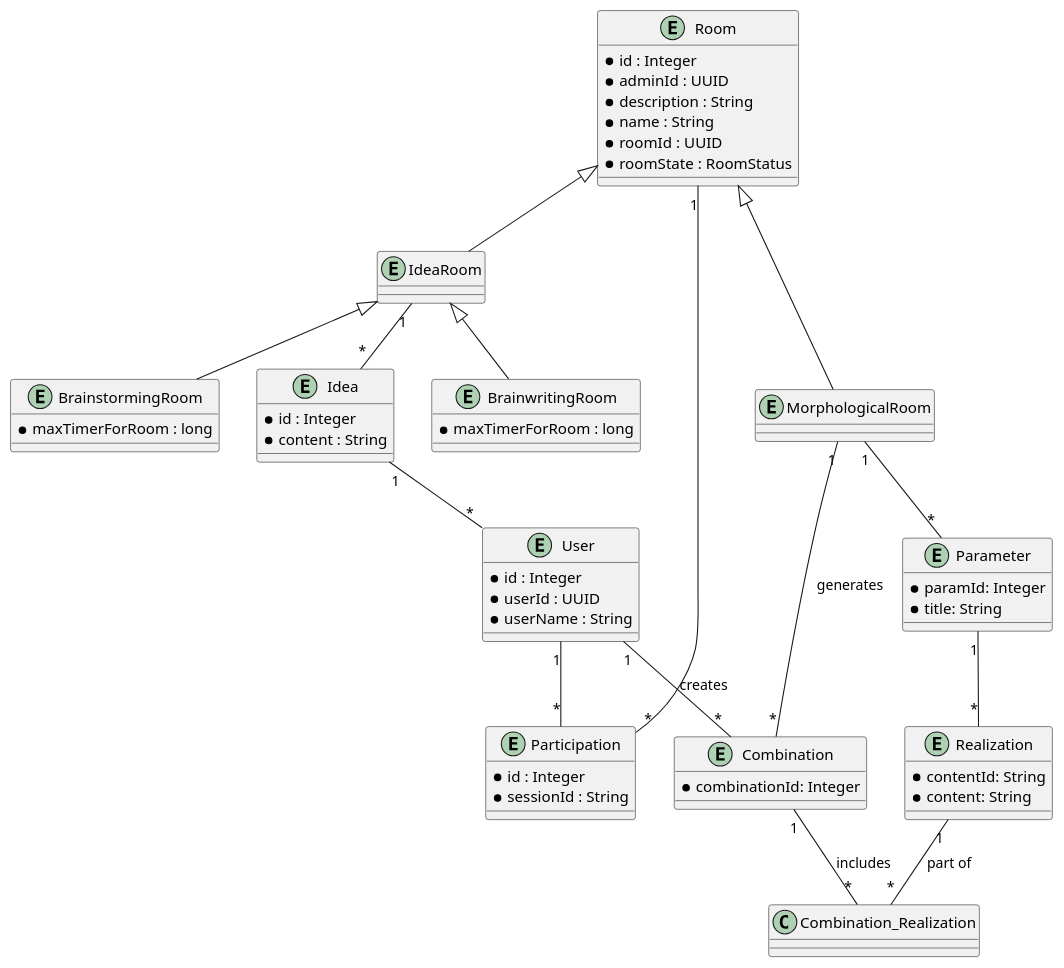
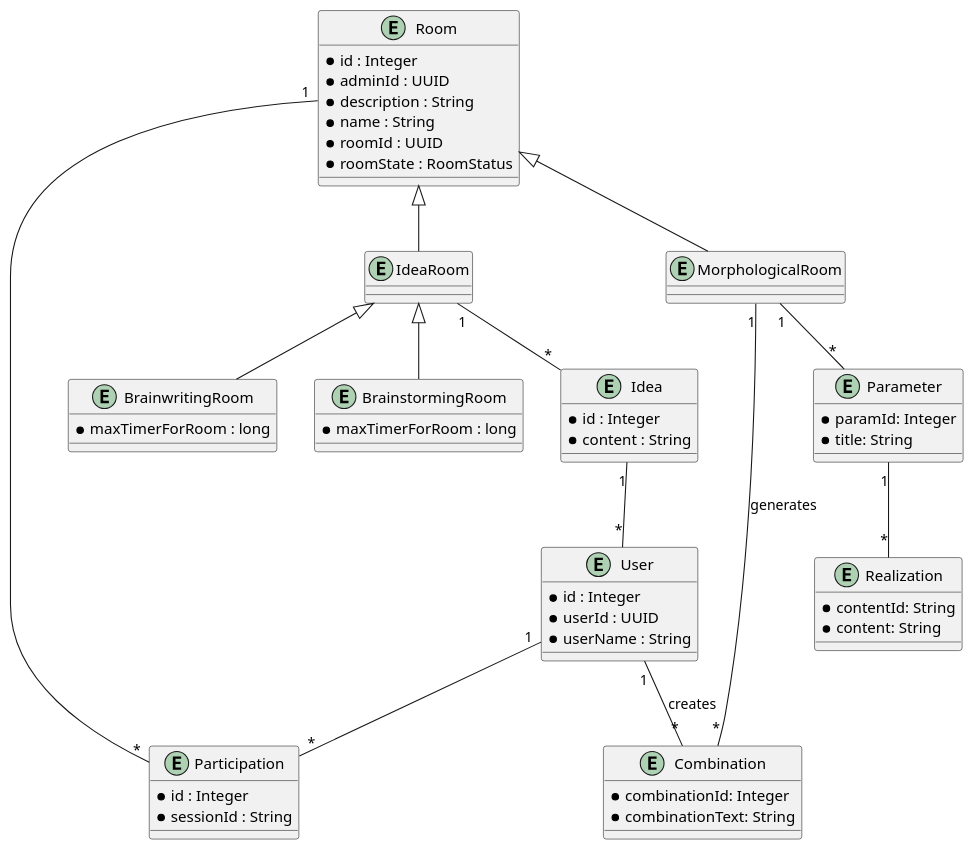
One commit to MattiasWolfslehner/creative-mind changed the diagram in docs/erd/diagram.puml. Above: the diagram before and after it, drawn with PlantUML.

Commit message:
adjust the erd: combinationtitle saved as string

```diff
--- a/docs/erd/diagram.puml
+++ b/docs/erd/diagram.puml
@@ -1,74 +1,73 @@
 @startuml
 entity Room {
   * id : Integer
   * adminId : UUID
   * description : String
   * name : String
   * roomId : UUID
   * roomState : RoomStatus
 }
 
 entity IdeaRoom {
 }
 
 entity BrainstormingRoom {
   * maxTimerForRoom : long
 }
 
 entity BrainwritingRoom {
   * maxTimerForRoom : long
 }
 
 entity MorphologicalRoom {
 
 }
 
 entity Realization {
 * contentId: String
 * content: String
 }
 
 entity Parameter {
 * paramId: Integer
 * title: String
 }
 
 
 entity Idea {
   * id : Integer
   * content : String
 }
 
 entity Participation {
   * id : Integer
   * sessionId : String
 }
 
 entity User {
   * id : Integer
   * userId : UUID
   * userName : String
 }
 
 entity Combination {
 * combinationId: Integer
+* combinationText: String
 }
 
 Room <|-- MorphologicalRoom
 
 MorphologicalRoom "1" -- "*" Parameter
 Parameter "1" -- "*" Realization
 Room "1" -- "*" Participation
 
 Room  <|--  IdeaRoom
 IdeaRoom <|-- BrainstormingRoom
 IdeaRoom <|-- BrainwritingRoom
 IdeaRoom "1" -- "*" Idea
 Idea "1" -- "*" User
 User "1" -- "*" Participation
 
 MorphologicalRoom "1" -- "*" Combination : generates
-Combination "1" -- "*" Combination_Realization : includes
-Realization "1" -- "*" Combination_Realization : part of
 User "1" -- "*" Combination: creates
 @enduml
```
